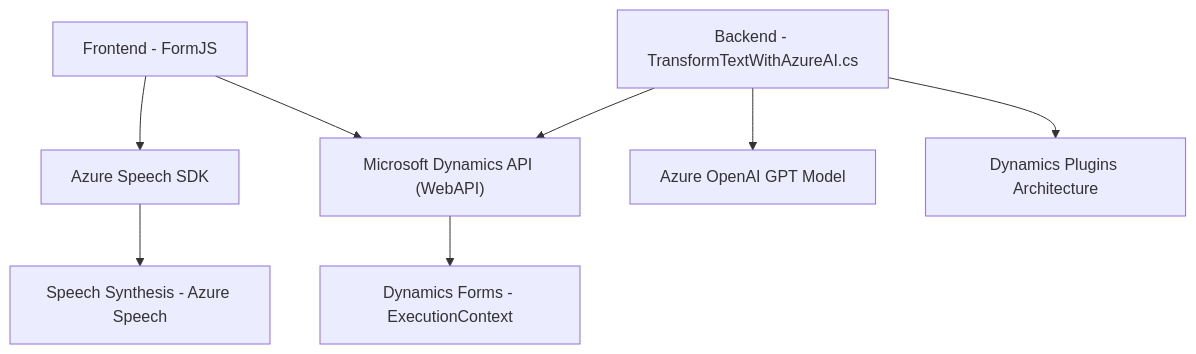
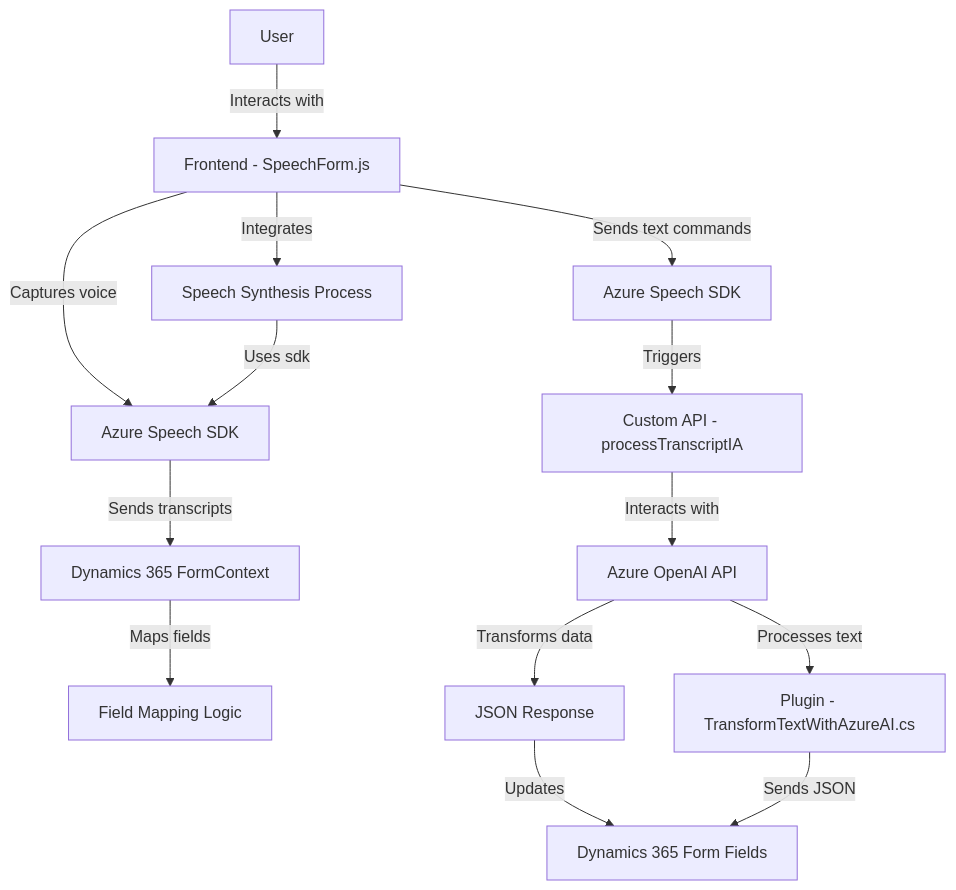
One commit to blopezdm/NETCORE_BILBAO2025 changed the diagram in README.md. Above: the diagram before and after it, drawn with Mermaid. The commit also changed other lines of this file, not shown here.

````diff
--- a/README.md
+++ b/README.md
@@ -25,10 +37,16 @@
 ```mermaid
 graph TD
-    A["Frontend - FormJS"] --> B["Azure Speech SDK"]
-    A --> C["Microsoft Dynamics API (WebAPI)"]
-    B --> D["Speech Synthesis - Azure Speech"]
-    C --> E["Dynamics Forms - ExecutionContext"]
-    F["Backend - TransformTextWithAzureAI.cs"] --> G["Azure OpenAI GPT Model"]
-    F --> C
-    F --> H["Dynamics Plugins Architecture"]
+    A["User"] -->|Interacts with| B["Frontend - SpeechForm.js"]
+    B -->|Captures voice| C["Azure Speech SDK"]
+    C -->|Sends transcripts| D["Dynamics 365 FormContext"]
+    D -->|Maps fields| E["Field Mapping Logic"]
+    B -->|Sends text commands| F["Azure Speech SDK"]
+    F -->|Triggers| G["Custom API - processTranscriptIA"]
+    G -->|Interacts with| H["Azure OpenAI API"]
+    H -->|Transforms data| I["JSON Response"]
+    I -->|Updates| J["Dynamics 365 Form Fields"]
+    B -->|Integrates| K["Speech Synthesis Process"]
+    K -->|Uses sdk| C
+    H -->|Processes text| L["Plugin - TransformTextWithAzureAI.cs"]
+    L -->|Sends JSON| J
 ```
````
